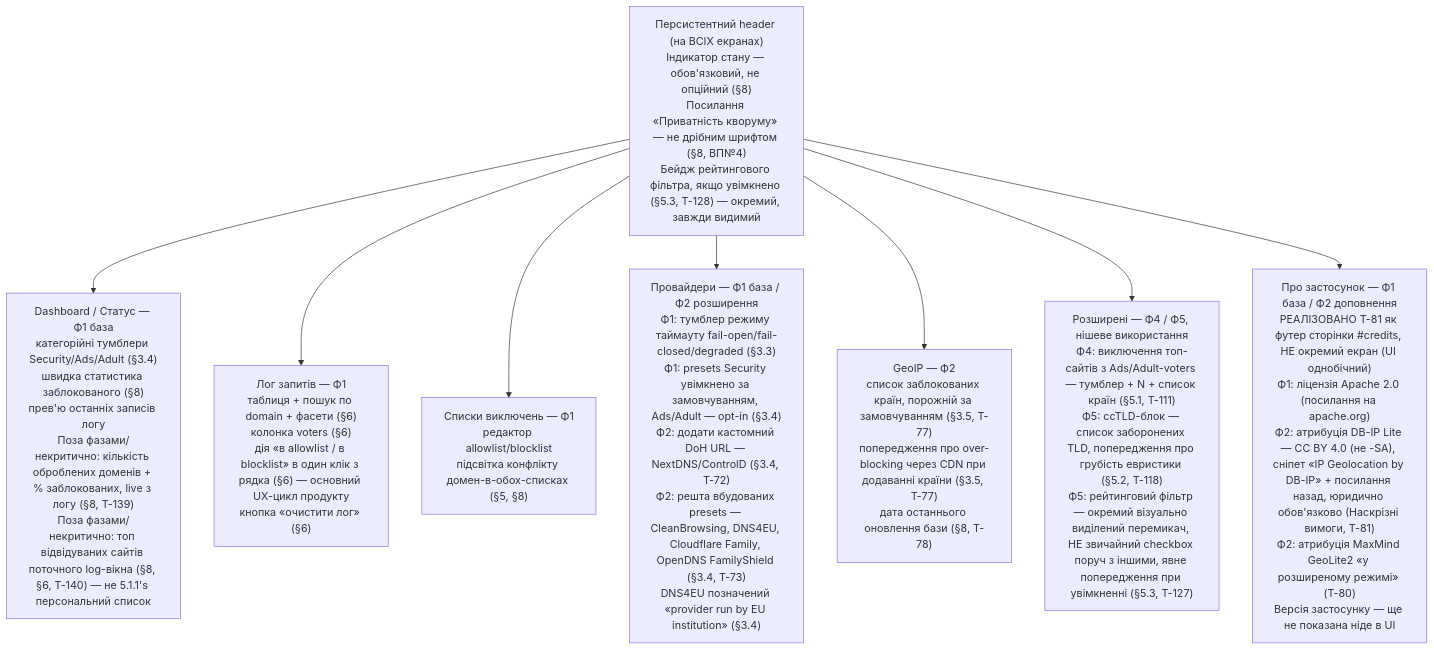
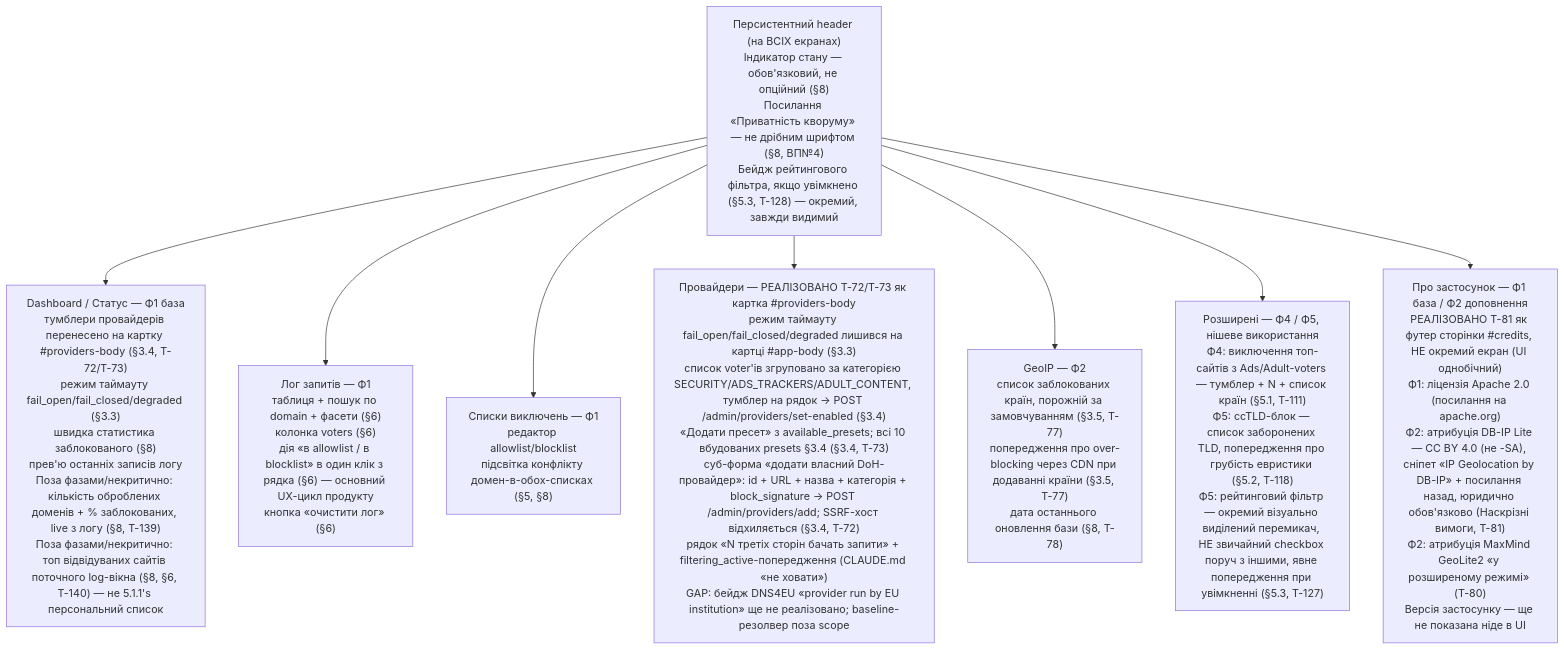
One commit to user137/dns-quorum-filter changed the diagram in diagrams/ui-navigation.md. Above: the diagram before and after it, drawn with Mermaid. The commit also changed other lines of this file and 7 other files, not shown here.

First line of the commit message:
T-72/T-73 (UI): provider card on /admin/ui

````diff
--- a/diagrams/ui-navigation.md
+++ b/diagrams/ui-navigation.md
@@ -11,26 +11,26 @@
 ```mermaid
 flowchart TD
     Header["Персистентний header (на ВСІХ екранах)<br/>Індикатор стану — обов'язковий, не опційний (§8)<br/>Посилання «Приватність кворуму» — не дрібним шрифтом (§8, ВП№4)<br/>Бейдж рейтингового фільтра, якщо увімкнено (§5.3, T-128) — окремий, завжди видимий"]
 
     Header --> Dashboard
     Header --> Log
     Header --> Lists
     Header --> Providers
     Header --> GeoIP
     Header --> Advanced
     Header --> About
 
-    Dashboard["Dashboard / Статус — Ф1 база<br/>категорійні тумблери Security/Ads/Adult (§3.4)<br/>швидка статистика заблокованого (§8)<br/>прев'ю останніх записів логу<br/>Поза фазами/некритично: кількість оброблених доменів + % заблокованих, live з логу (§8, T-139)<br/>Поза фазами/некритично: топ відвідуваних сайтів поточного log-вікна (§8, §6, T-140) — не 5.1.1's персональний список"]
+    Dashboard["Dashboard / Статус — Ф1 база<br/>тумблери провайдерів перенесено на картку #providers-body (§3.4, T-72/T-73)<br/>режим таймауту fail_open/fail_closed/degraded (§3.3)<br/>швидка статистика заблокованого (§8)<br/>прев'ю останніх записів логу<br/>Поза фазами/некритично: кількість оброблених доменів + % заблокованих, live з логу (§8, T-139)<br/>Поза фазами/некритично: топ відвідуваних сайтів поточного log-вікна (§8, §6, T-140) — не 5.1.1's персональний список"]
 
     Log["Лог запитів — Ф1<br/>таблиця + пошук по domain + фасети (§6)<br/>колонка voters (§6)<br/>дія «в allowlist / в blocklist» в один клік з рядка (§6) — основний UX-цикл продукту<br/>кнопка «очистити лог» (§6)"]
 
     Lists["Списки виключень — Ф1<br/>редактор allowlist/blocklist<br/>підсвітка конфлікту домен-в-обох-списках (§5, §8)"]
 
-    Providers["Провайдери — Ф1 база / Ф2 розширення<br/>Ф1: тумблер режиму таймауту fail-open/fail-closed/degraded (§3.3)<br/>Ф1: presets Security увімкнено за замовчуванням, Ads/Adult — opt-in (§3.4)<br/>Ф2: додати кастомний DoH URL — NextDNS/ControlD (§3.4, T-72)<br/>Ф2: решта вбудованих presets — CleanBrowsing, DNS4EU, Cloudflare Family, OpenDNS FamilyShield (§3.4, T-73)<br/>DNS4EU позначений «provider run by EU institution» (§3.4)"]
+    Providers["Провайдери — РЕАЛІЗОВАНО T-72/T-73 як картка #providers-body<br/>режим таймауту fail_open/fail_closed/degraded лишився на картці #app-body (§3.3)<br/>список voter'ів згруповано за категорією SECURITY/ADS_TRACKERS/ADULT_CONTENT, тумблер на рядок → POST /admin/providers/set-enabled (§3.4)<br/>«Додати пресет» з available_presets; всі 10 вбудованих presets §3.4 (§3.4, T-73)<br/>суб-форма «додати власний DoH-провайдер»: id + URL + назва + категорія + block_signature → POST /admin/providers/add; SSRF-хост відхиляється (§3.4, T-72)<br/>рядок «N третіх сторін бачать запити» + filtering_active-попередження (CLAUDE.md «не ховати»)<br/>GAP: бейдж DNS4EU «provider run by EU institution» ще не реалізовано; baseline-резолвер поза scope"]
 
     GeoIP["GeoIP — Ф2<br/>список заблокованих країн, порожній за замовчуванням (§3.5, T-77)<br/>попередження про over-blocking через CDN при додаванні країни (§3.5, T-77)<br/>дата останнього оновлення бази (§8, T-78)"]
 
     Advanced["Розширені — Ф4 / Ф5, нішеве використання<br/>Ф4: виключення топ-сайтів з Ads/Adult-voters — тумблер + N + список країн (§5.1, T-111)<br/>Ф5: ccTLD-блок — список заборонених TLD, попередження про грубість евристики (§5.2, T-118)<br/>Ф5: рейтинговий фільтр — окремий візуально виділений перемикач, НЕ звичайний checkbox поруч з іншими, явне попередження при увімкненні (§5.3, T-127)"]
 
     About["Про застосунок — Ф1 база / Ф2 доповнення<br/>РЕАЛІЗОВАНО T-81 як футер сторінки #credits, НЕ окремий екран (UI однобічний)<br/>Ф1: ліцензія Apache 2.0 (посилання на apache.org)<br/>Ф2: атрибуція DB-IP Lite — CC BY 4.0 (не -SA), сніпет «IP Geolocation by DB-IP» + посилання назад, юридично обов'язково (Наскрізні вимоги, T-81)<br/>Ф2: атрибуція MaxMind GeoLite2 «у розширеному режимі» (T-80)<br/>Версія застосунку — ще не показана ніде в UI"]
 ```
````
